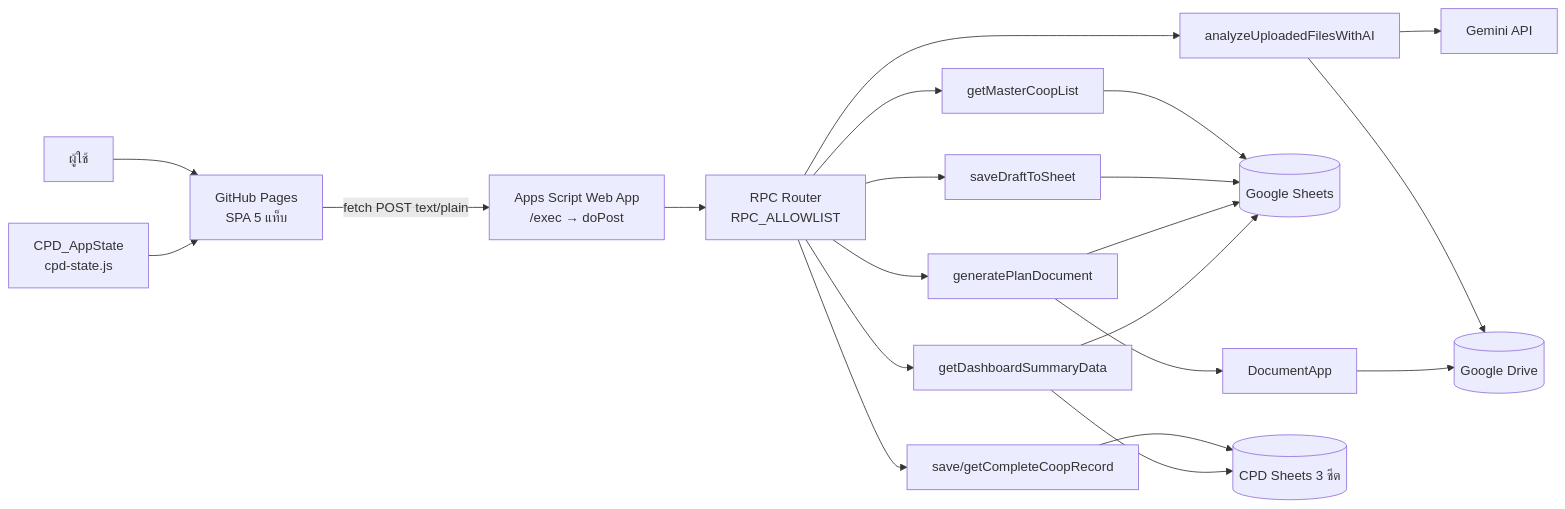
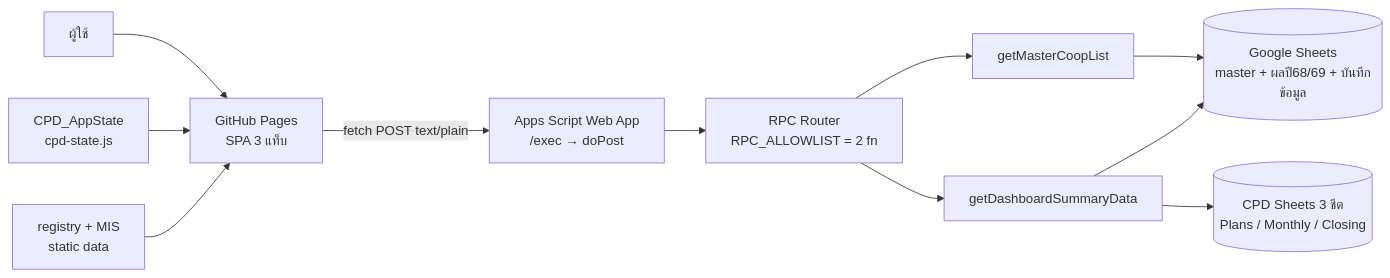
One commit to supakritkhawthong-lab/cps-promotion-plan-2570 changed the diagram in docs/architecture.md. Above: the diagram before and after it, drawn with Mermaid. The commit also changed other lines of this file and 37 other files, not shown here.

First line of the commit message:
refactor: reduce app to 3 tracking tabs (dashboard/registry/strength)

````diff
--- a/docs/architecture.md
+++ b/docs/architecture.md
@@ -33,23 +22,13 @@
 ```mermaid
 flowchart LR
-  U[ผู้ใช้] --> P[GitHub Pages<br/>SPA 5 แท็บ]
+  U[ผู้ใช้] --> P[GitHub Pages<br/>SPA 3 แท็บ]
   S1[CPD_AppState<br/>cpd-state.js] --> P
+  REG[registry + MIS<br/>static data] --> P
   P -->|fetch POST text/plain| A[Apps Script Web App<br/>/exec → doPost]
-  A --> R[RPC Router<br/>RPC_ALLOWLIST]
+  A --> R[RPC Router<br/>RPC_ALLOWLIST = 2 fn]
   R --> F1[getMasterCoopList]
-  R --> F2[saveDraftToSheet]
-  R --> F3[analyzeUploadedFilesWithAI]
-  R --> F4[generatePlanDocument]
-  R --> F5[save/getCompleteCoopRecord]
-  R --> F6[getDashboardSummaryData]
-  F1 --> S[(Google Sheets)]
+  R --> F2[getDashboardSummaryData]
+  F1 --> S[(Google Sheets<br/>master + ผลปี68/69 + บันทึกข้อมูล)]
+  F2 --> C[(CPD Sheets 3 ชีต<br/>Plans / Monthly / Closing)]
   F2 --> S
-  F3 --> G[Gemini API]
-  F3 --> D[(Google Drive)]
-  F4 --> S
-  F4 --> DOC[DocumentApp]
-  DOC --> D
-  F5 --> C[(CPD Sheets 3 ชีต)]
-  F6 --> C
-  F6 --> S
 ```
````
